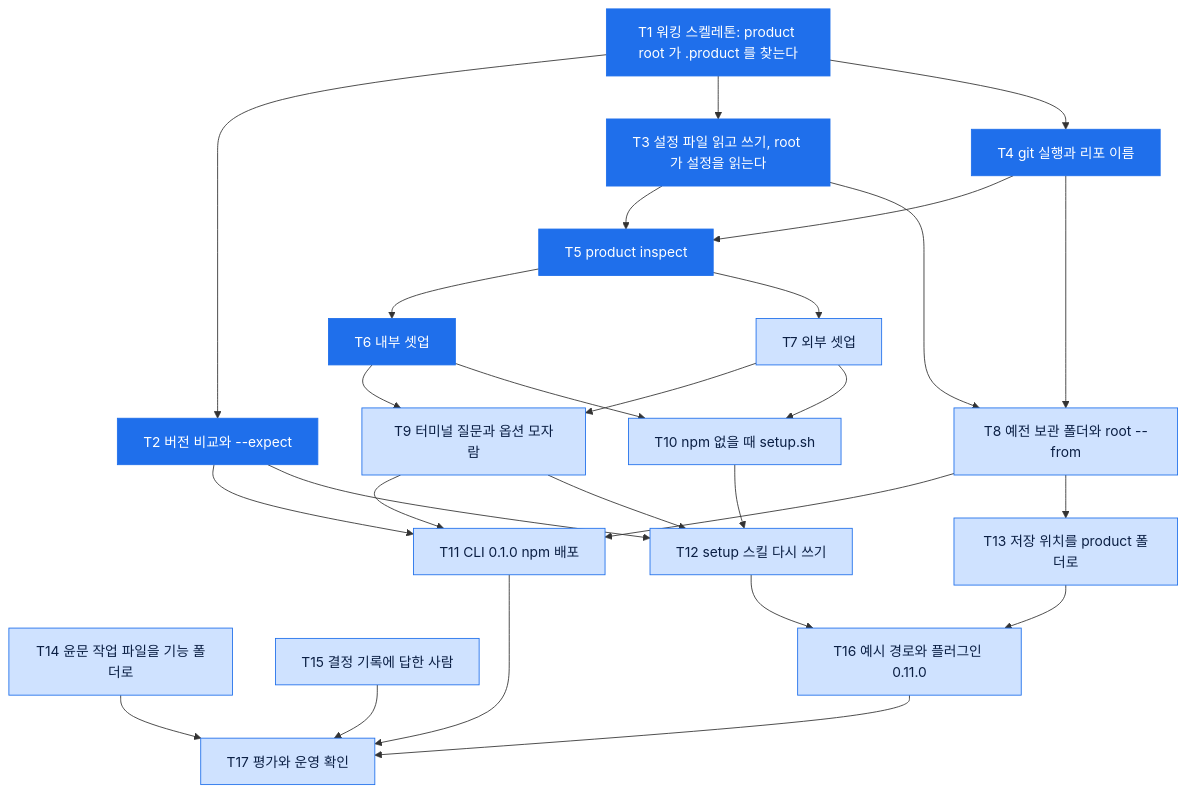
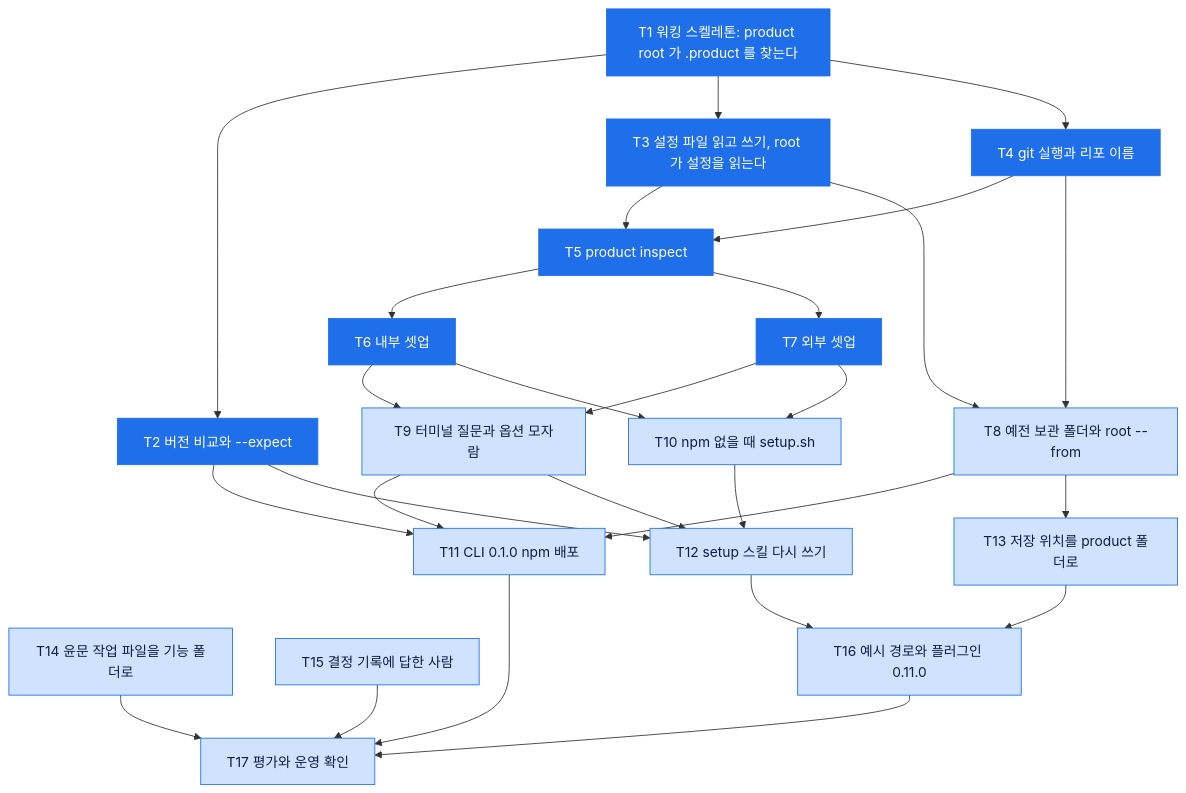
One commit to dorage/product-skills changed the diagram in .product/features/261122_setup-method/tasks.md. Above: the diagram before and after it, drawn with Mermaid. The commit also changed other lines of this file and 3 other files, not shown here.

````diff
--- a/.product/features/261122_setup-method/tasks.md
+++ b/.product/features/261122_setup-method/tasks.md
@@ -7,50 +7,50 @@
 ```mermaid
 flowchart TD
     T1["T1 워킹 스켈레톤: product root 가 .product 를 찾는다"]
     T2["T2 버전 비교와 --expect"]
     T3["T3 설정 파일 읽고 쓰기, root 가 설정을 읽는다"]
     T4["T4 git 실행과 리포 이름"]
     T5["T5 product inspect"]
     T6["T6 내부 셋업"]
     T7["T7 외부 셋업"]
     T8["T8 예전 보관 폴더와 root --from"]
     T9["T9 터미널 질문과 옵션 모자람"]
     T10["T10 npm 없을 때 setup.sh"]
     T11["T11 CLI 0.1.0 npm 배포"]
     T12["T12 setup 스킬 다시 쓰기"]
     T13["T13 저장 위치를 product 폴더로"]
     T14["T14 윤문 작업 파일을 기능 폴더로"]
     T15["T15 결정 기록에 답한 사람"]
     T16["T16 예시 경로와 플러그인 0.11.0"]
     T17["T17 평가와 운영 확인"]
     T1 --> T2
     T1 --> T3
     T1 --> T4
     T3 --> T5
     T4 --> T5
     T5 --> T6
     T5 --> T7
     T3 --> T8
     T4 --> T8
     T6 --> T9
     T7 --> T9
     T6 --> T10
     T7 --> T10
     T2 --> T11
     T8 --> T11
     T9 --> T11
     T9 --> T12
     T10 --> T12
     T2 --> T12
     T8 --> T13
     T12 --> T16
     T13 --> T16
     T11 --> T17
     T14 --> T17
     T15 --> T17
     T16 --> T17
     classDef done fill:#1f6feb,stroke:#1f6feb,color:#ffffff
     classDef todo fill:#cfe2ff,stroke:#1f6feb,color:#0b1f44
-    class T1,T2,T3,T4,T5,T6 done
-    class T7,T8,T9,T10,T11,T12,T13,T14,T15,T16,T17 todo
+    class T1,T2,T3,T4,T5,T6,T7 done
+    class T8,T9,T10,T11,T12,T13,T14,T15,T16,T17 todo
 ```
````
